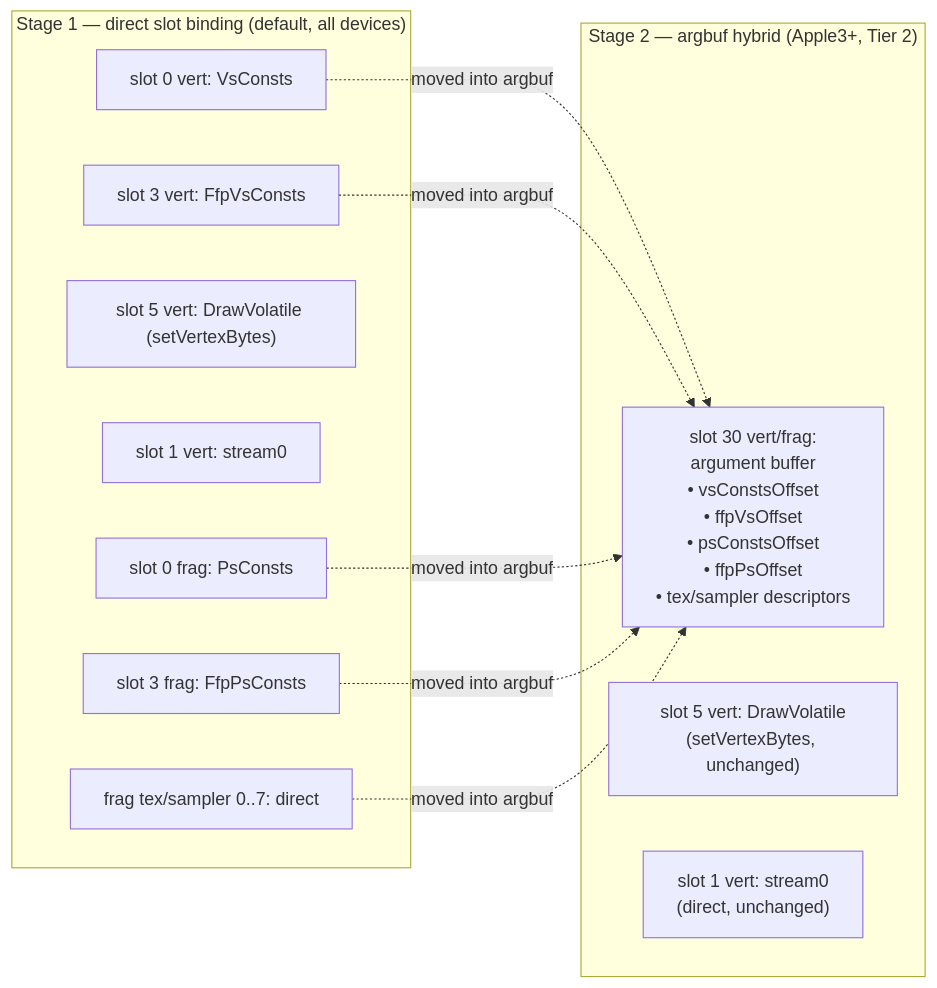
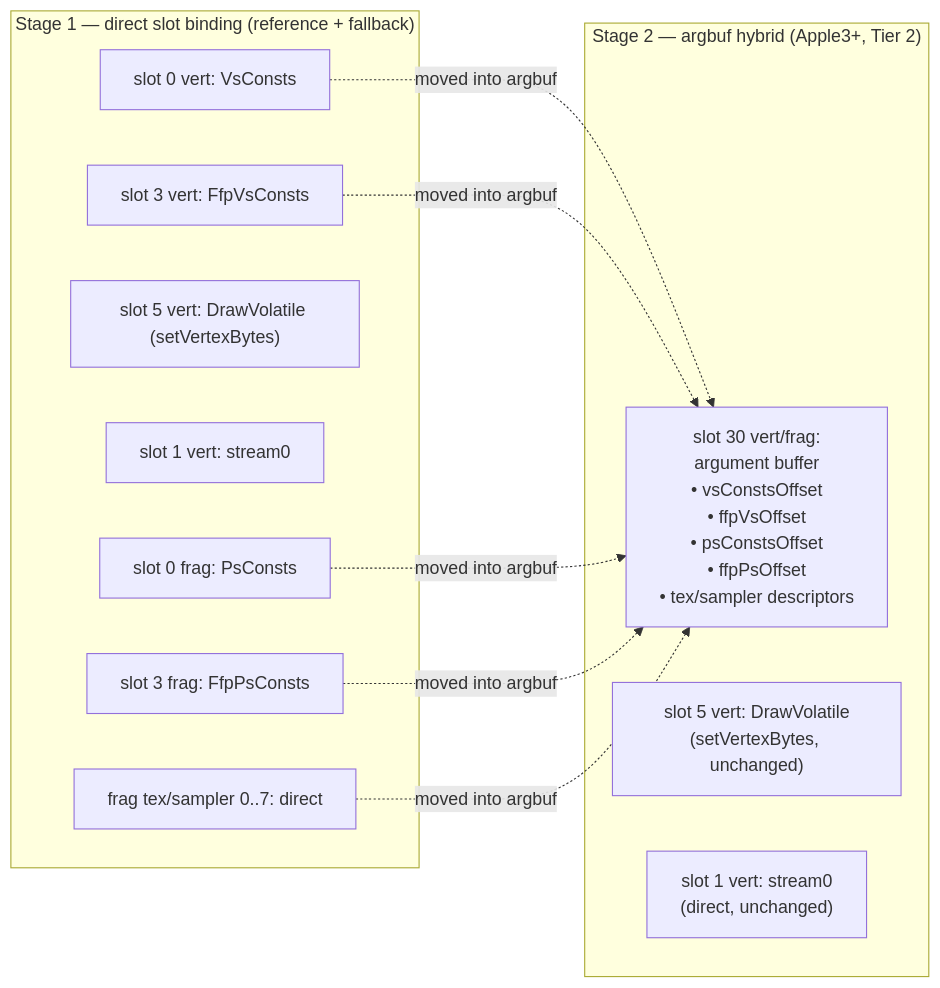
The third of 4 diagrams in specs/backend/draw-uniforms/spec.md (dfdgsdfg/dxmt9), drawn with Mermaid before and after one commit. The commit also changed other lines of this file and 18 other files, not shown here.

````diff
--- a/specs/backend/draw-uniforms/spec.md
+++ b/specs/backend/draw-uniforms/spec.md
@@ -410,22 +411,22 @@
 ```mermaid
 flowchart LR
-    subgraph S1["Stage 1 — direct slot binding (default, all devices)"]
+    subgraph S1["Stage 1 — direct slot binding (reference + fallback)"]
         S1V0["slot 0 vert: VsConsts"]
         S1V3["slot 3 vert: FfpVsConsts"]
         S1V5["slot 5 vert: DrawVolatile (setVertexBytes)"]
         S1V1["slot 1 vert: stream0"]
         S1F0["slot 0 frag: PsConsts"]
         S1F3["slot 3 frag: FfpPsConsts"]
         S1Tex["frag tex/sampler 0..7: direct"]
     end
     subgraph S2["Stage 2 — argbuf hybrid (Apple3+, Tier 2)"]
         S2Arg["slot 30 vert/frag:\nargument buffer\n• vsConstsOffset\n• ffpVsOffset\n• psConstsOffset\n• ffpPsOffset\n• tex/sampler descriptors"]
         S2V5["slot 5 vert: DrawVolatile\n(setVertexBytes, unchanged)"]
         S2V1["slot 1 vert: stream0\n(direct, unchanged)"]
     end
     S1V0 -. moved into argbuf .-> S2Arg
     S1V3 -. moved into argbuf .-> S2Arg
     S1F0 -. moved into argbuf .-> S2Arg
     S1F3 -. moved into argbuf .-> S2Arg
     S1Tex -. moved into argbuf .-> S2Arg
 ```
````
